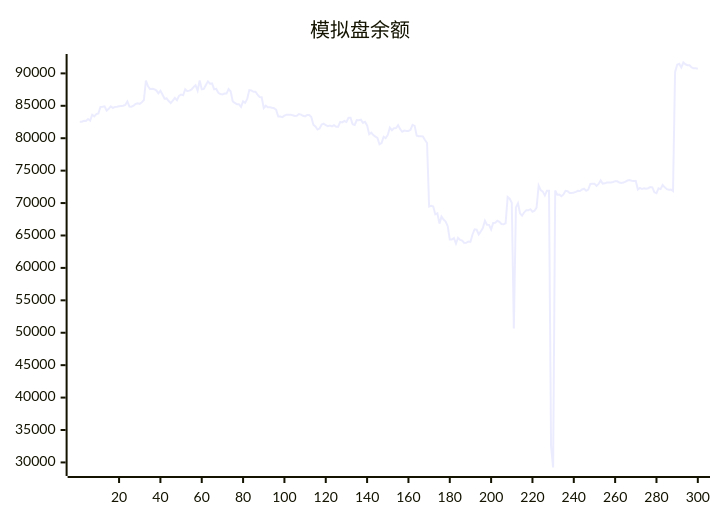
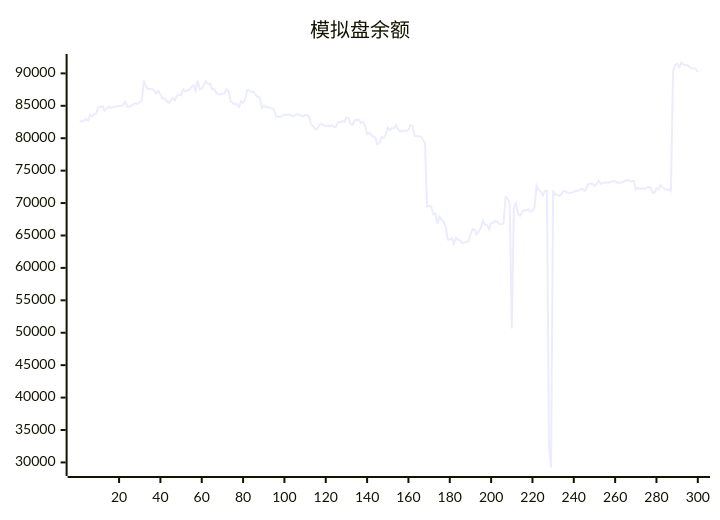
Before and after one commit to aahl/ai-trading: the diagram in README.md, drawn with Mermaid. The commit also changed other lines of this file and 1 other file, not shown here.

````diff
--- a/README.md
+++ b/README.md
@@ -5,5 +5,5 @@
 ```mermaid
 xychart
     title "模拟盘余额"
-    line [82552,82539,82695,82648,82962,82728,83619,83378,83710,83825,84819,84854,84917,84265,84527,84919,84668,84834,84850,84916,84981,85004,85131,85674,84891,84864,85019,85284,85393,85294,85538,85894,88904,88012,87567,87625,87568,87386,86920,87313,86737,86094,86143,85725,85437,85787,86219,85859,86526,86740,86630,87563,87264,87335,87483,87886,88180,87335,88894,87544,87608,88207,88755,88401,88444,87543,87608,87000,86810,86740,86894,86884,87576,87209,85686,85435,85251,85255,84820,85689,85453,86066,87420,87373,87161,87178,86740,86341,86315,84643,85012,84772,84768,84690,84635,84376,83360,83357,83259,83474,83608,83606,83602,83548,83440,83454,83724,83644,83464,83365,83590,83592,83275,82072,81806,81344,81492,82109,82254,82006,81848,81955,81829,82022,81769,81776,82522,82441,82656,82498,83144,83144,82150,82038,82797,82763,82872,82367,82536,81981,80612,80862,80484,80242,80034,79063,79245,80226,80016,80507,81625,81233,81544,81578,82016,81401,81019,81186,81130,81118,81306,82066,81909,80392,80304,80291,80258,79729,79261,69466,69579,69456,68251,68415,66832,67911,67462,67144,66432,64380,64375,64606,63740,64647,64324,64216,63842,63877,64078,64008,65156,65945,65888,65157,65625,66144,67284,66653,66639,65924,66925,66956,67263,67108,66766,66729,66886,70927,70673,70049,50652,69334,69973,68400,68061,68578,68876,68879,69055,68662,68822,69329,72687,71999,71760,71162,71911,71896,32500,29218,71927,71297,71305,71044,71337,71883,71822,71536,71536,71622,71723,71880,71860,72100,72216,71887,72077,72940,72976,72966,72638,72948,73497,73004,73041,73173,73160,73186,73258,73375,73351,73173,73098,73161,73305,73474,73536,73457,73413,73412,72100,72333,72164,72272,72204,72285,72461,72421,71652,71521,72267,72157,72774,72424,72144,72060,72091,71858,90185,91338,91466,90900,91678,91404,91268,91244,90903,90779,90787,90721]
+    line [82539,82695,82648,82962,82728,83619,83378,83710,83825,84819,84854,84917,84265,84527,84919,84668,84834,84850,84916,84981,85004,85131,85674,84891,84864,85019,85284,85393,85294,85538,85894,88904,88012,87567,87625,87568,87386,86920,87313,86737,86094,86143,85725,85437,85787,86219,85859,86526,86740,86630,87563,87264,87335,87483,87886,88180,87335,88894,87544,87608,88207,88755,88401,88444,87543,87608,87000,86810,86740,86894,86884,87576,87209,85686,85435,85251,85255,84820,85689,85453,86066,87420,87373,87161,87178,86740,86341,86315,84643,85012,84772,84768,84690,84635,84376,83360,83357,83259,83474,83608,83606,83602,83548,83440,83454,83724,83644,83464,83365,83590,83592,83275,82072,81806,81344,81492,82109,82254,82006,81848,81955,81829,82022,81769,81776,82522,82441,82656,82498,83144,83144,82150,82038,82797,82763,82872,82367,82536,81981,80612,80862,80484,80242,80034,79063,79245,80226,80016,80507,81625,81233,81544,81578,82016,81401,81019,81186,81130,81118,81306,82066,81909,80392,80304,80291,80258,79729,79261,69466,69579,69456,68251,68415,66832,67911,67462,67144,66432,64380,64375,64606,63740,64647,64324,64216,63842,63877,64078,64008,65156,65945,65888,65157,65625,66144,67284,66653,66639,65924,66925,66956,67263,67108,66766,66729,66886,70927,70673,70049,50652,69334,69973,68400,68061,68578,68876,68879,69055,68662,68822,69329,72687,71999,71760,71162,71911,71896,32500,29218,71927,71297,71305,71044,71337,71883,71822,71536,71536,71622,71723,71880,71860,72100,72216,71887,72077,72940,72976,72966,72638,72948,73497,73004,73041,73173,73160,73186,73258,73375,73351,73173,73098,73161,73305,73474,73536,73457,73413,73412,72100,72333,72164,72272,72204,72285,72461,72421,71652,71521,72267,72157,72774,72424,72144,72060,72091,71858,90185,91338,91466,90900,91678,91404,91268,91244,90903,90779,90787,90721,90187]
 ```
````
